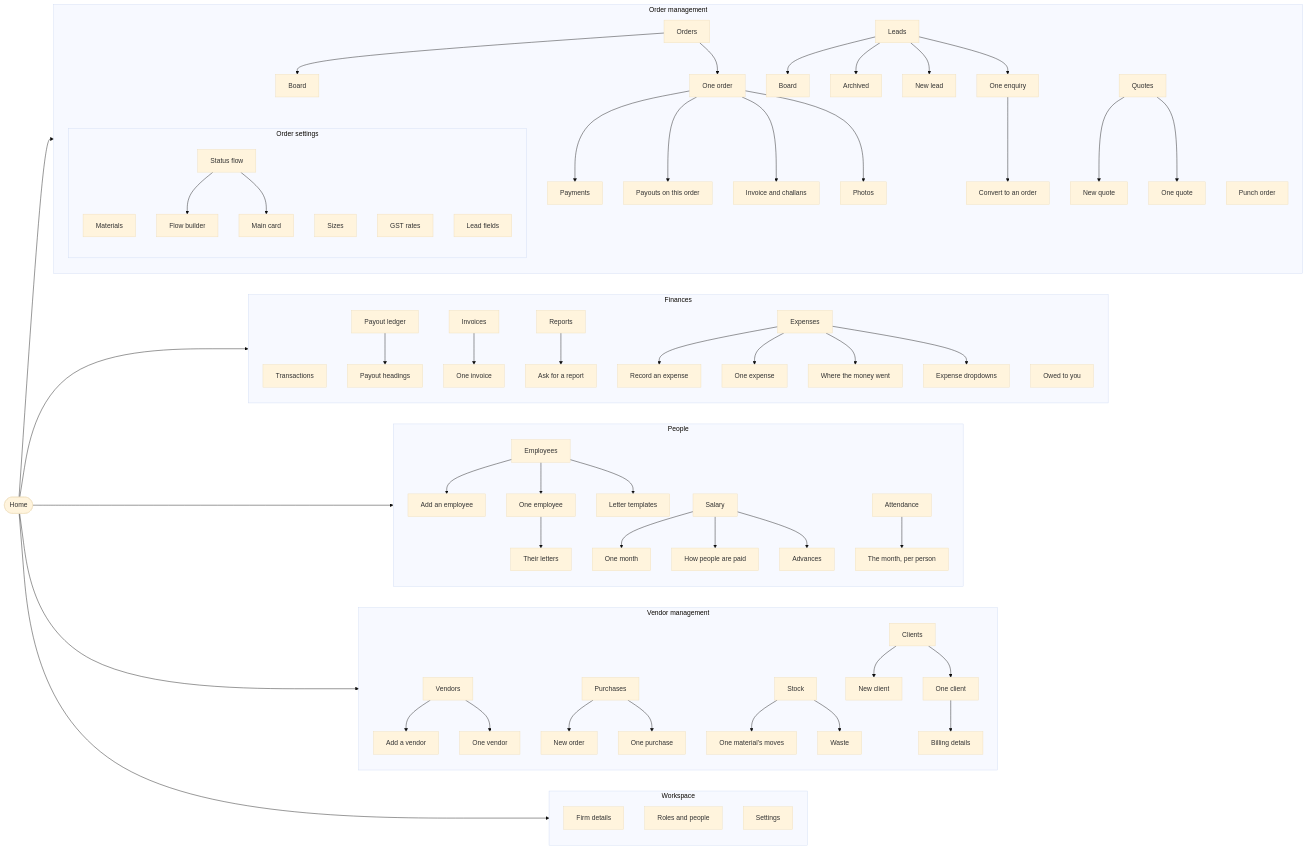
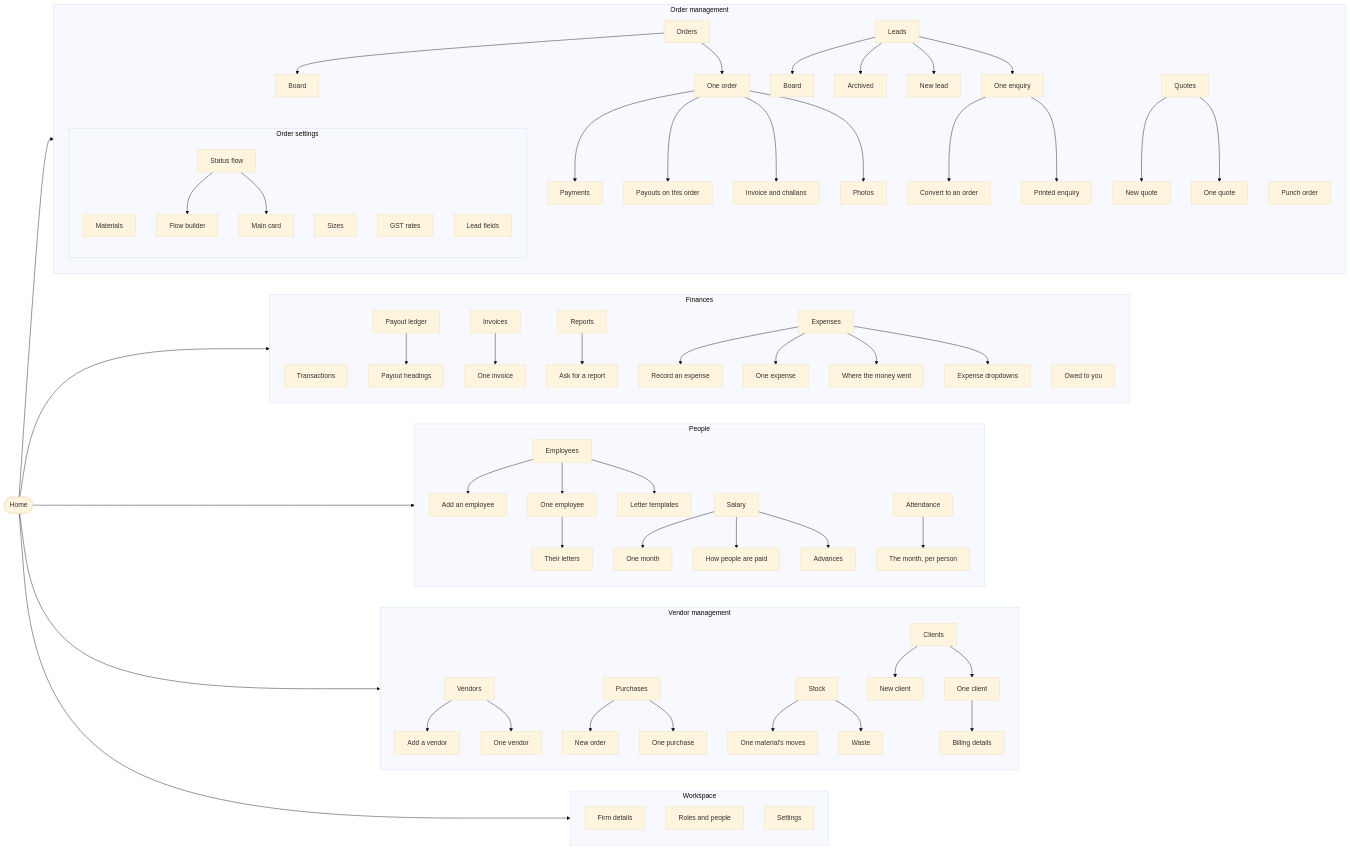
One commit to firstleaptechnologies-coder/factory-automation changed the diagram in docs/NAVIGATION.md. Above: the diagram before and after it, drawn with Mermaid (base theme). The commit also changed other lines of this file and 34 other files, not shown here.

```diff
--- a/docs/NAVIGATION.md
+++ b/docs/NAVIGATION.md
@@ -45,6 +45,8 @@
     leads --> lead_detail
     lead_convert["Convert to an order"]
     lead_detail --> lead_convert
+    lead_document["Printed enquiry"]
+    lead_detail --> lead_document
     quotes["Quotes"]
     quote_new["New quote"]
     quotes --> quote_new
```
